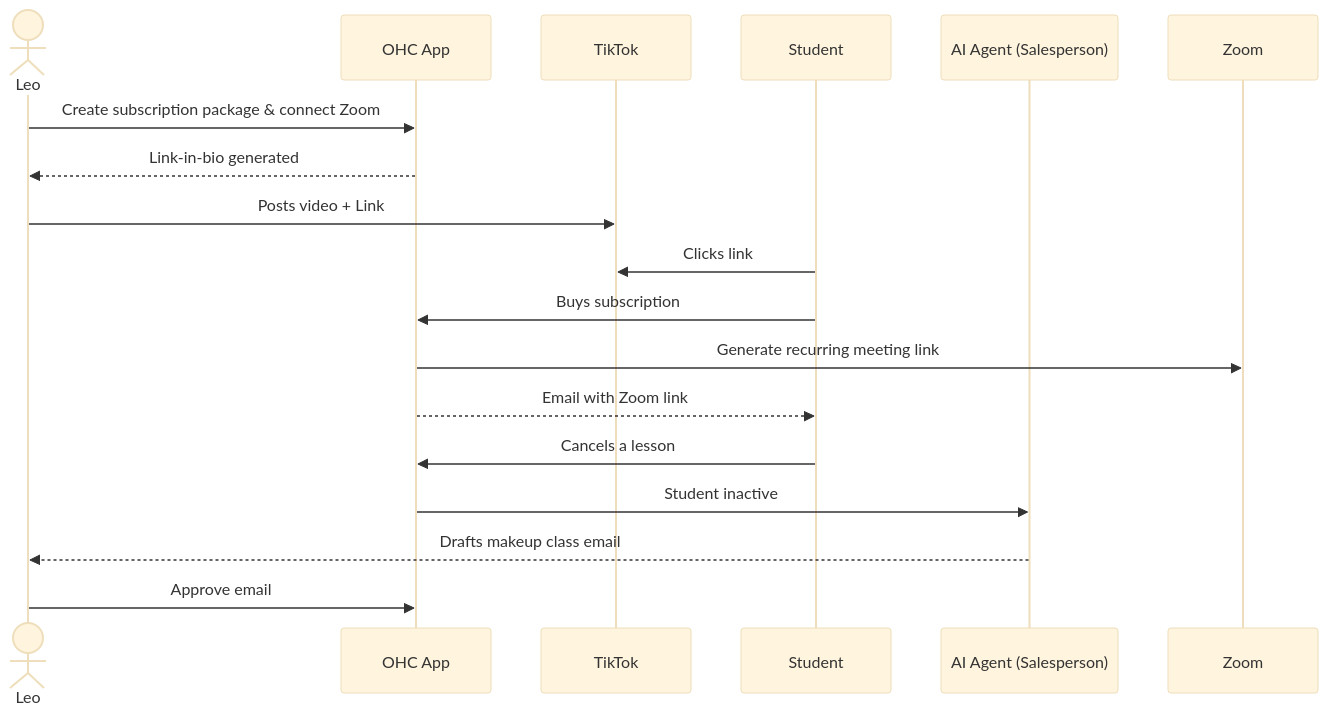
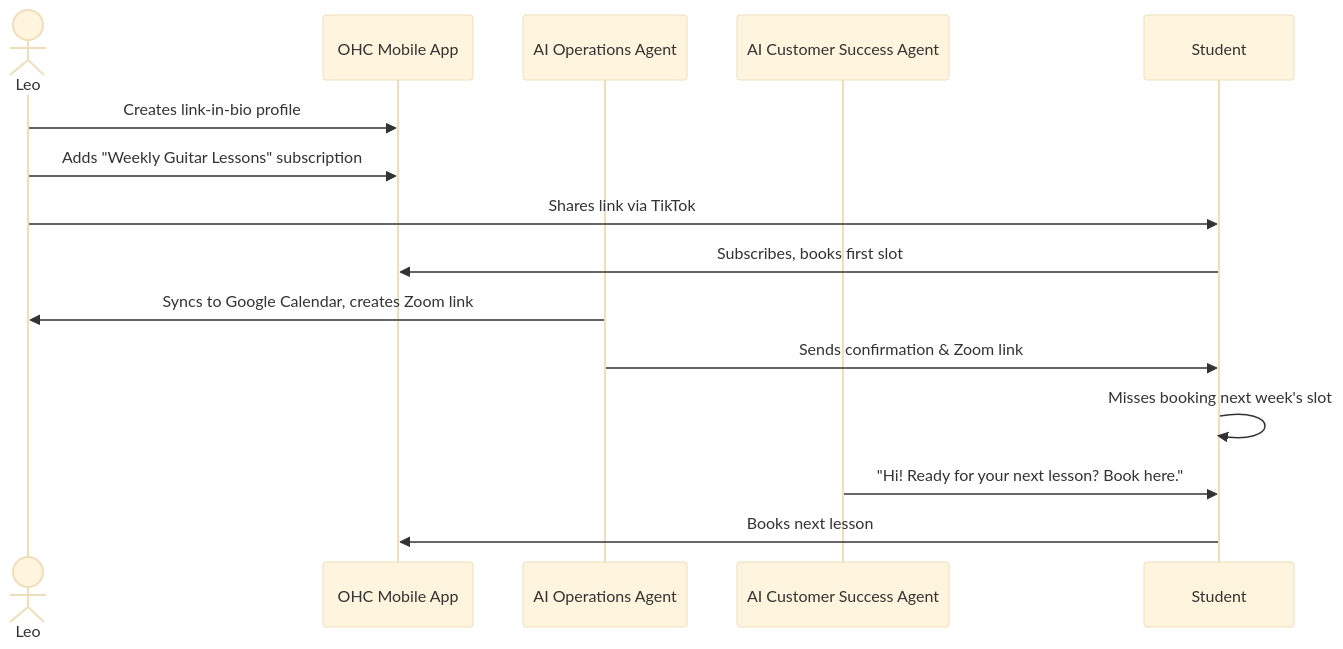
The fourth of 5 diagrams in docs/architecture/ohc_business_journey_architecture.md (omnisolo-llc/onehumancorp), drawn with Mermaid (base theme) before and after one commit. The commit also changed other lines of this file, not shown here.

First line of the commit message:
docs: Update Business Journey Architecture document

````diff
--- a/docs/architecture/ohc_business_journey_architecture.md
+++ b/docs/architecture/ohc_business_journey_architecture.md
@@ -125,21 +126,18 @@
 ```mermaid
 sequenceDiagram
     actor Leo
-    participant OHC App
-    participant TikTok
+    participant OHC Mobile App
+    participant AI Operations Agent
+    participant AI Customer Success Agent
     participant Student
-    participant AI Agent (Salesperson)
-    participant Zoom
 
-    Leo->>OHC App: Create subscription package & connect Zoom
-    OHC App-->>Leo: Link-in-bio generated
-    Leo->>TikTok: Posts video + Link
-    Student->>TikTok: Clicks link
-    Student->>OHC App: Buys subscription
-    OHC App->>Zoom: Generate recurring meeting link
-    OHC App-->>Student: Email with Zoom link
-    Student->>OHC App: Cancels a lesson
-    OHC App->>AI Agent (Salesperson): Student inactive
-    AI Agent (Salesperson)-->>Leo: Drafts makeup class email
-    Leo->>OHC App: Approve email
+    Leo->>OHC Mobile App: Creates link-in-bio profile
+    Leo->>OHC Mobile App: Adds "Weekly Guitar Lessons" subscription
+    Leo->>Student: Shares link via TikTok
+    Student->>OHC Mobile App: Subscribes, books first slot
+    AI Operations Agent->>Leo: Syncs to Google Calendar, creates Zoom link
+    AI Operations Agent->>Student: Sends confirmation & Zoom link
+    Student->>Student: Misses booking next week's slot
+    AI Customer Success Agent->>Student: "Hi! Ready for your next lesson? Book here."
+    Student->>OHC Mobile App: Books next lesson
 ```
````
